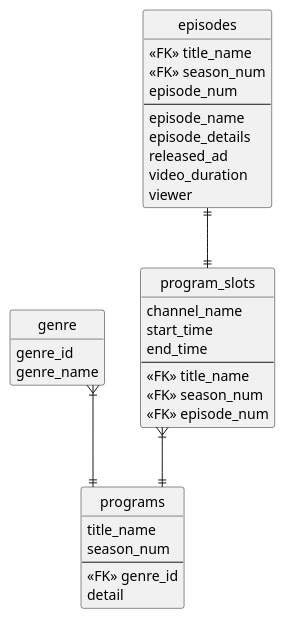
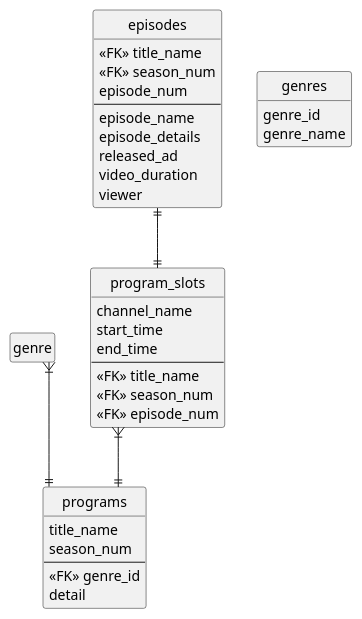
The diagram in assignment/internet_TV.pu (ryumasann/databese_practice), drawn with PlantUML before and after one commit. The commit also changed 4 other files, not shown here.

```diff
--- a/assignment/internet_TV.pu
+++ b/assignment/internet_TV.pu
@@ -9,44 +9,44 @@
 @startuml internet_tv
 hide circle
 hide empty members
 skinparam linetype ortho
 
 entity program_slots {
     channel_name
     start_time
     end_time
     --
     <<FK>> title_name
     <<FK>> season_num
     <<FK>> episode_num
 }
 
 entity programs {
     title_name
     season_num
     --
     <<FK>> genre_id
     detail
 }
 
-entity genre {
+entity genres {
     genre_id
     genre_name
 }
 
 entity episodes {
     <<FK>> title_name
     <<FK>> season_num
     episode_num
     --
     episode_name
     episode_details
     released_ad
     video_duration
     viewer
 }
 
 program_slots }|--|| programs
 genre }|--|| programs
 episodes ||--|| program_slots
 @endumls
```
